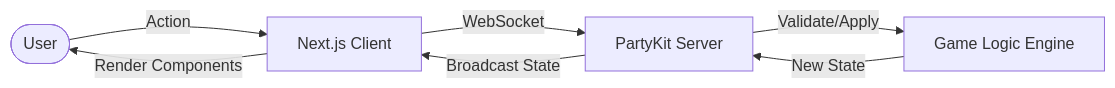
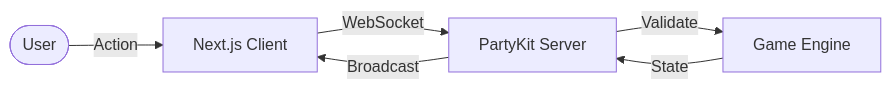
Before and after one commit to DillenLim/catan-clone: the diagram in README.md, drawn with Mermaid. The commit also changed other lines of this file, not shown here.

````diff
--- a/README.md
+++ b/README.md
@@ -18,9 +24,8 @@
 ```mermaid
 graph LR
     User([User]) -- Action --> Client[Next.js Client]
     Client -- WebSocket --> PK[PartyKit Server]
-    PK -- Validate/Apply --> Logic[Game Logic Engine]
-    Logic -- New State --> PK
-    PK -- Broadcast State --> Client
-    Client -- Render Components --> User
+    PK -- Validate --> Engine[Game Engine]
+    Engine -- State --> PK
+    PK -- Broadcast --> Client
 ```
````
